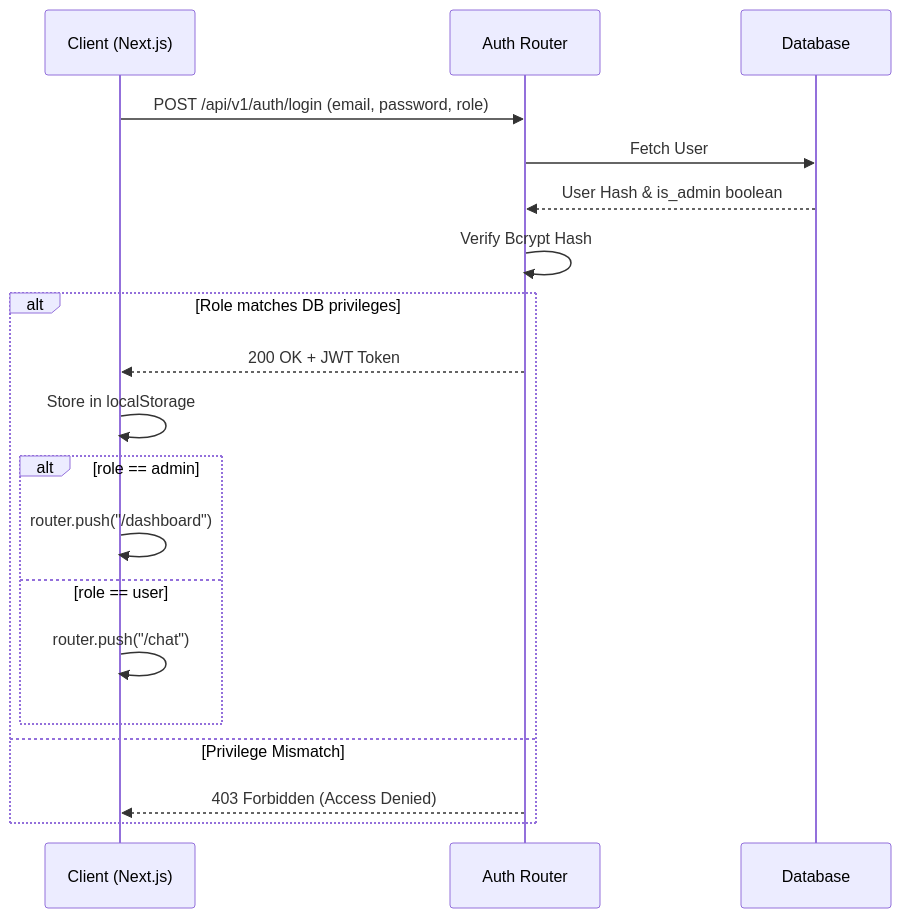
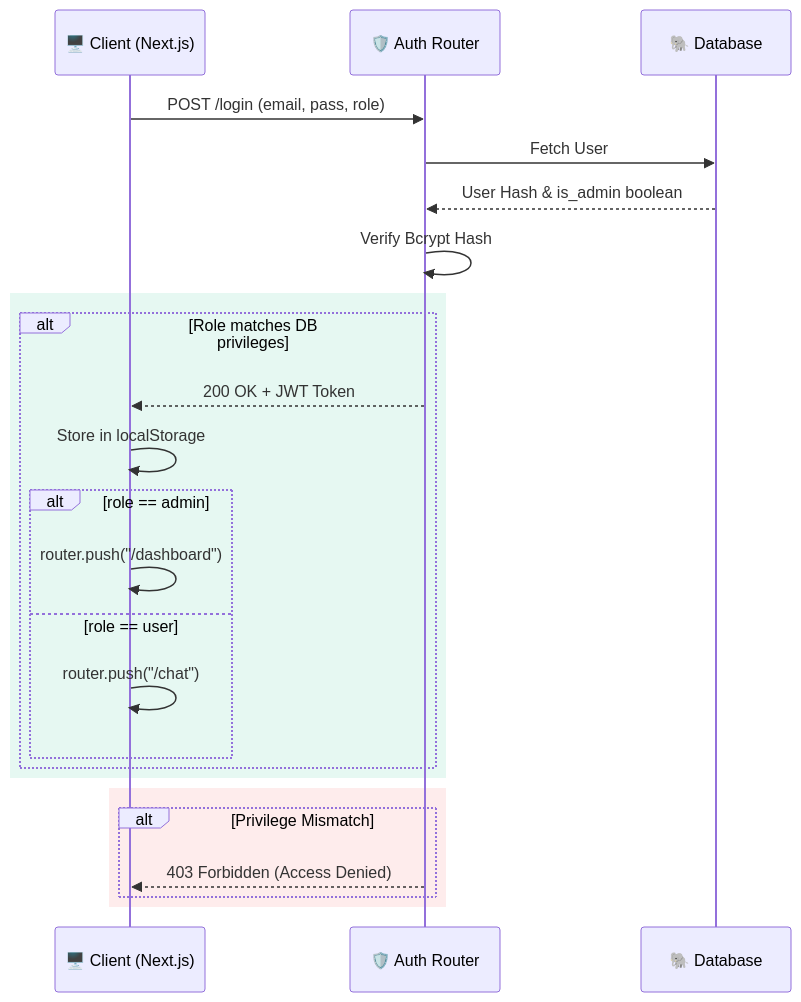
One commit to Ruthvek1/Athenis-ai changed the second of 5 diagrams in README.md. Above: the diagram before and after it, drawn with Mermaid. The commit also changed other lines of this file and 1 other file, not shown here.

Commit message:
docs: Enhance Mermaid diagrams with colors and explanatory notes

````diff
--- a/README.md
+++ b/README.md
@@ -144,23 +155,29 @@
 ```mermaid
 sequenceDiagram
-    participant C as Client (Next.js)
-    participant A as Auth Router
-    participant D as Database
+    participant C as 🖥️ Client (Next.js)
+    participant A as 🛡️ Auth Router
+    participant D as 🐘 Database
 
-    C->>A: POST /api/v1/auth/login (email, password, role)
+    C->>A: POST /login (email, pass, role)
     A->>D: Fetch User
     D-->>A: User Hash & is_admin boolean
     A->>A: Verify Bcrypt Hash
     
+    rect rgb(16, 185, 129, 0.1)
     alt Role matches DB privileges
         A-->>C: 200 OK + JWT Token
         C->>C: Store in localStorage
         alt role == admin
             C->>C: router.push("/dashboard")
         else role == user
             C->>C: router.push("/chat")
         end
-    else Privilege Mismatch
+    end
+    end
+
+    rect rgb(239, 68, 68, 0.1)
+    alt Privilege Mismatch
         A-->>C: 403 Forbidden (Access Denied)
     end
+    end
 ```
````
